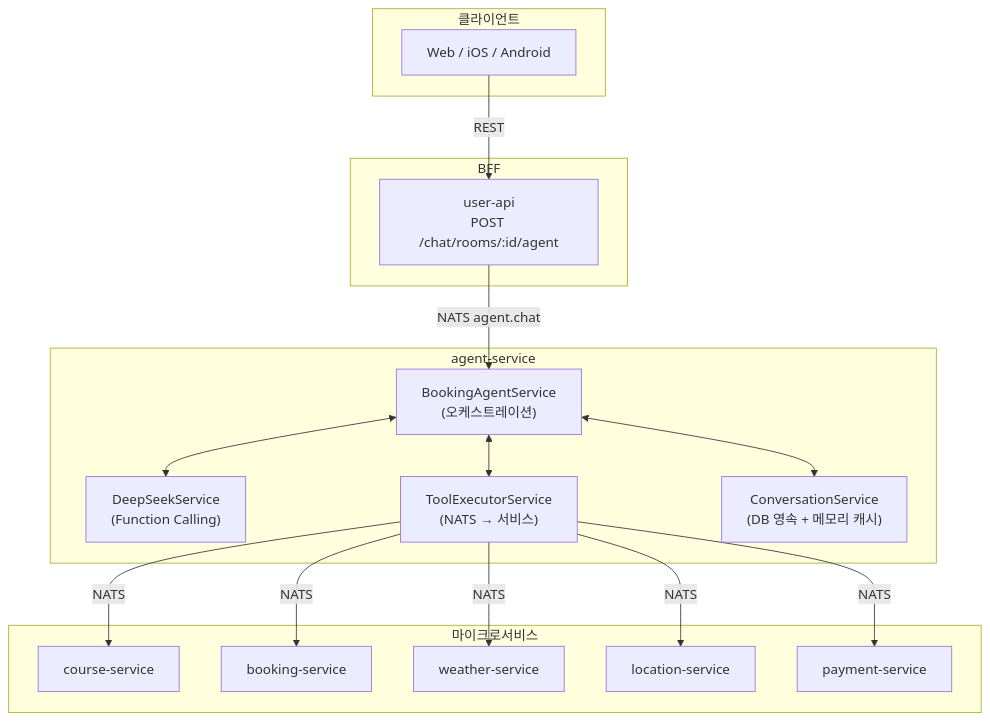
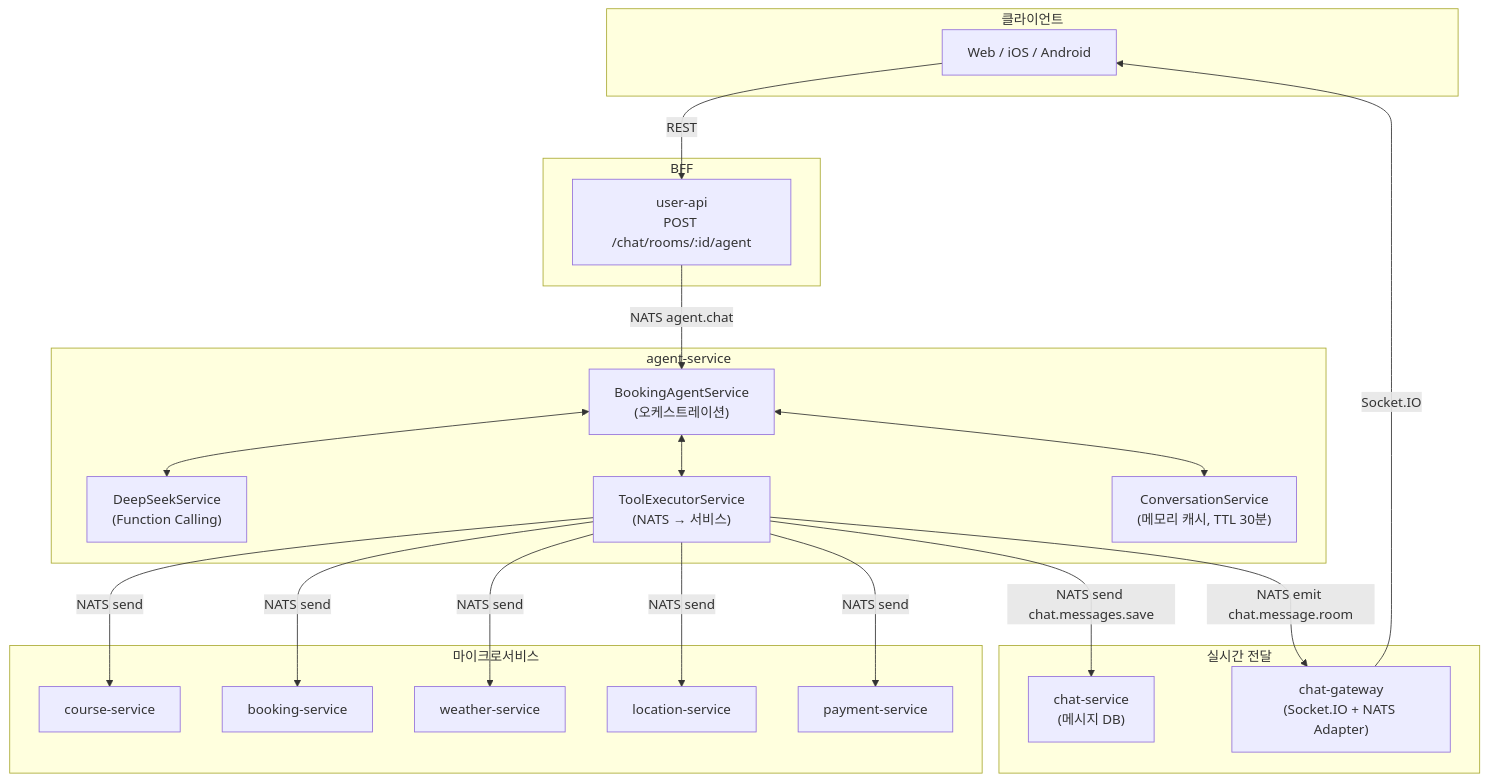
One commit to uniyous/parkgolf-platform changed the first of 3 diagrams in docs/workflow/AGENT.md. Above: the diagram before and after it, drawn with Mermaid. The commit also changed other lines of this file and 10 other files, not shown here.

````diff
--- a/docs/workflow/AGENT.md
+++ b/docs/workflow/AGENT.md
@@ -24,36 +24,44 @@
 ```mermaid
 graph TB
     subgraph Client["클라이언트"]
         App["Web / iOS / Android"]
     end
 
     subgraph BFF
         API["user-api<br/>POST /chat/rooms/:id/agent"]
     end
 
     subgraph Agent["agent-service"]
         BA["BookingAgentService<br/>(오케스트레이션)"]
         DS["DeepSeekService<br/>(Function Calling)"]
         TE["ToolExecutorService<br/>(NATS → 서비스)"]
-        Conv["ConversationService<br/>(DB 영속 + 메모리 캐시)"]
+        Conv["ConversationService<br/>(메모리 캐시, TTL 30분)"]
     end
 
     subgraph Services["마이크로서비스"]
         CS["course-service"]
         BS["booking-service"]
         WS["weather-service"]
         LS["location-service"]
         PS["payment-service"]
     end
 
+    subgraph Realtime["실시간 전달"]
+        CG["chat-gateway<br/>(Socket.IO + NATS Adapter)"]
+        ChatS["chat-service<br/>(메시지 DB)"]
+    end
+
     App -->|REST| API
     API -->|"NATS agent.chat"| BA
     BA <--> DS
     BA <--> TE
     BA <--> Conv
-    TE -->|NATS| CS
-    TE -->|NATS| BS
-    TE -->|NATS| WS
-    TE -->|NATS| LS
-    TE -->|NATS| PS
+    TE -->|NATS send| CS
+    TE -->|NATS send| BS
+    TE -->|NATS send| WS
+    TE -->|NATS send| LS
+    TE -->|NATS send| PS
+    TE -->|"NATS send chat.messages.save"| ChatS
+    TE -->|"NATS emit chat.message.room"| CG
+    CG -->|Socket.IO| App
 ```
````
